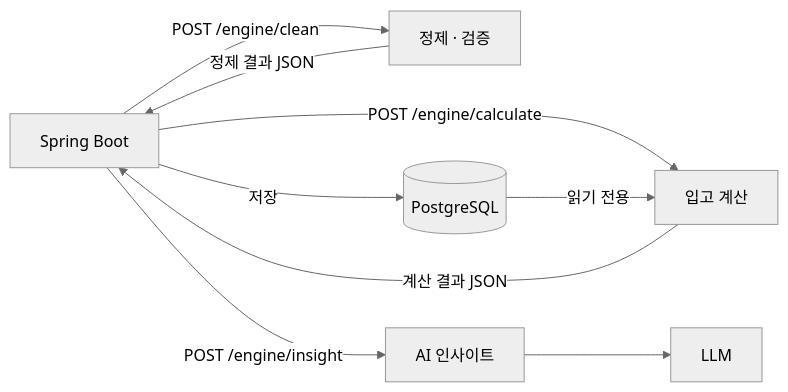
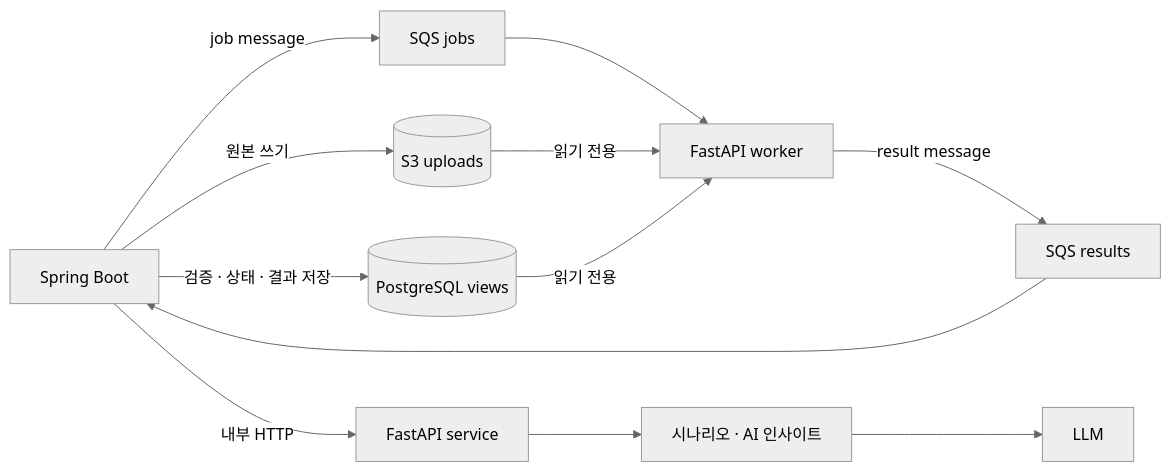
One commit to IpgoITGO/ipgo-ai changed the diagram in docs/architecture.md. Above: the diagram before and after it, drawn with Mermaid (neutral theme). The commit also changed other lines of this file and 2 other files, not shown here.

````diff
--- a/docs/architecture.md
+++ b/docs/architecture.md
@@ -5,11 +5,14 @@
 ```mermaid
 flowchart LR
-    S[Spring Boot] -->|POST /engine/clean| C[정제 · 검증]
-    C -->|정제 결과 JSON| S
-    S -->|저장| DB[(PostgreSQL)]
-    S -->|POST /engine/calculate| K[입고 계산]
-    DB -->|읽기 전용| K
-    K -->|계산 결과 JSON| S
-    S -->|POST /engine/insight| I[AI 인사이트]
+    S[Spring Boot] -->|원본 쓰기| B[(S3 uploads)]
+    S -->|job message| J[SQS jobs]
+    J --> W[FastAPI worker]
+    B -->|읽기 전용| W
+    DB[(PostgreSQL views)] -->|읽기 전용| W
+    W -->|result message| Q[SQS results]
+    Q --> S
+    S -->|검증 · 상태 · 결과 저장| DB
+    S -->|내부 HTTP| F[FastAPI service]
+    F --> I[시나리오 · AI 인사이트]
     I --> L[LLM]
 ```
````
